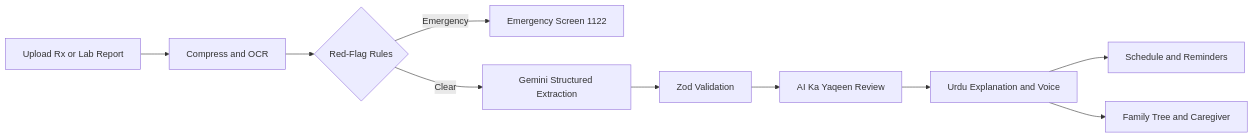
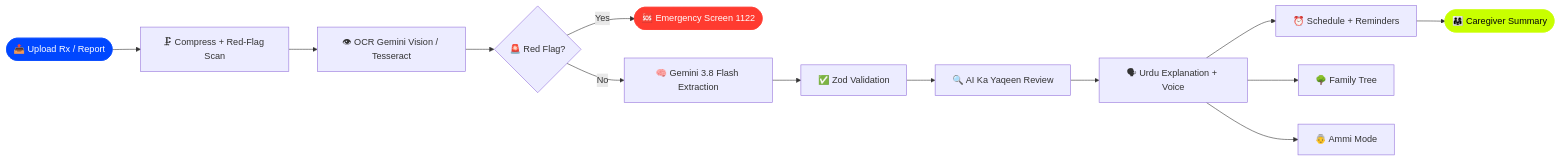
Before and after one commit to mabdullahab614-alt/Ai-duo-Sehat-Saathi-: the first of 5 diagrams in README.md, drawn with Mermaid. The commit also changed other lines of this file, not shown here.

````diff
--- a/README.md
+++ b/README.md
@@ -257,12 +198,18 @@
 ```mermaid
 flowchart LR
-    A[Upload Rx or Lab Report] --> B[Compress and OCR]
-    B --> C{Red-Flag Rules}
-    C -->|Emergency| D[Emergency Screen 1122]
-    C -->|Clear| E[Gemini Structured Extraction]
-    E --> F[Zod Validation]
-    F --> G[AI Ka Yaqeen Review]
-    G --> H[Urdu Explanation and Voice]
-    H --> I[Schedule and Reminders]
-    H --> J[Family Tree and Caregiver]
+    A([📤 Upload Rx / Report]):::blue --> B[🗜 Compress + Red-Flag Scan]
+    B --> C[👁 OCR Gemini Vision / Tesseract]
+    C --> D{🚨 Red Flag?}
+    D -- Yes --> E([🆘 Emergency Screen 1122]):::red
+    D -- No --> F[🧠 Gemini 3.8 Flash Extraction]
+    F --> G[✅ Zod Validation]
+    G --> H[🔍 AI Ka Yaqeen Review]
+    H --> I[🗣 Urdu Explanation + Voice]
+    I --> J[⏰ Schedule + Reminders]
+    I --> K[🌳 Family Tree]
+    I --> L[👵 Ammi Mode]
+    J --> M([👨‍👩‍👧 Caregiver Summary]):::green
+    classDef blue fill:#0047FF,color:#fff,stroke:#0047FF
+    classDef red fill:#FF3B30,color:#fff,stroke:#FF3B30
+    classDef green fill:#C8FF00,color:#05070A,stroke:#C8FF00
 ```
````
